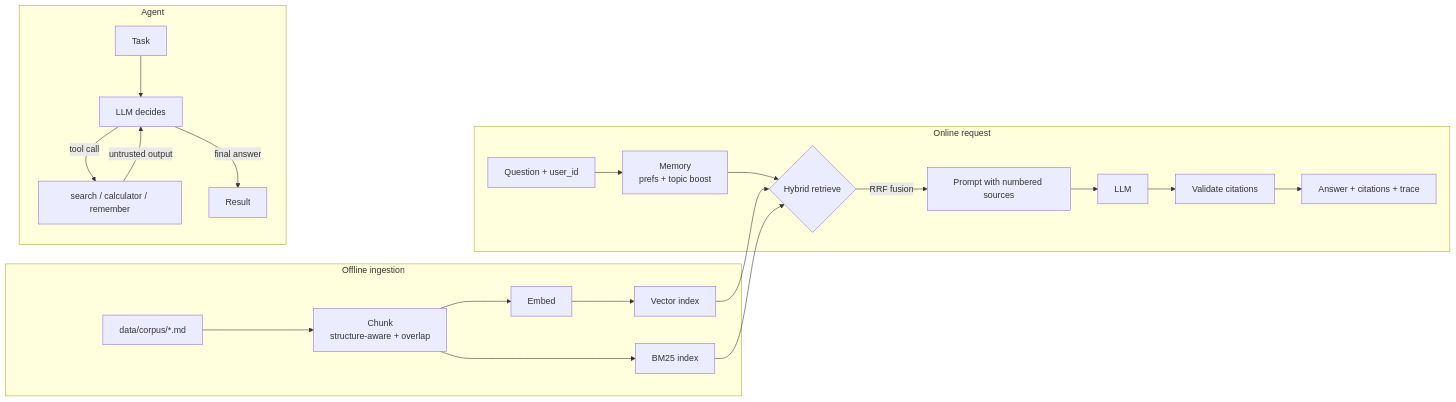
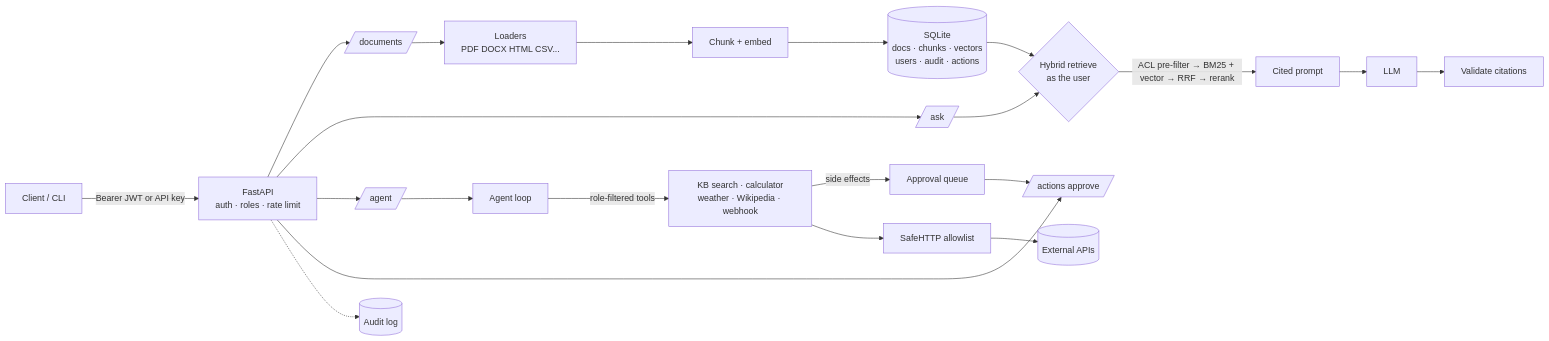
One commit to VasireddyBhavana/llm-answer-engine changed the diagram in README.md. Above: the diagram before and after it, drawn with Mermaid. The commit also changed other lines of this file and 39 other files, not shown here.

````diff
--- a/README.md
+++ b/README.md
@@ -36,25 +43,20 @@
 ```mermaid
 flowchart LR
-    subgraph Offline ingestion
-        D[data/corpus/*.md] --> C[Chunk<br/>structure-aware + overlap]
-        C --> E[Embed]
-        C --> B[BM25 index]
-        E --> V[Vector index]
-    end
-    subgraph Online request
-        Q[Question + user_id] --> M[Memory<br/>prefs + topic boost]
-        M --> R{Hybrid retrieve}
-        V --> R
-        B --> R
-        R -->|RRF fusion| P[Prompt with numbered sources]
-        P --> L[LLM]
-        L --> X[Validate citations]
-        X --> A[Answer + citations + trace]
-    end
-    subgraph Agent
-        T[Task] --> AL[LLM decides]
-        AL -->|tool call| TL[search / calculator / remember]
-        TL -->|untrusted output| AL
-        AL -->|final answer| F[Result]
-    end
+    C[Client / CLI] -->|Bearer JWT or API key| A[FastAPI<br/>auth · roles · rate limit]
+    A --> U[/documents/]
+    A --> Q[/ask/]
+    A --> G[/agent/]
+    A --> AP[/actions approve/]
+
+    U --> L[Loaders<br/>PDF DOCX HTML CSV...] --> CH[Chunk + embed] --> DB[(SQLite<br/>docs · chunks · vectors<br/>users · audit · actions)]
+
+    Q --> R{Hybrid retrieve<br/>as the user}
+    DB --> R
+    R -->|ACL pre-filter → BM25 + vector → RRF → rerank| P[Cited prompt] --> M[LLM] --> V[Validate citations]
+
+    G --> AL[Agent loop] -->|role-filtered tools| T[KB search · calculator<br/>weather · Wikipedia · webhook]
+    T -->|side effects| QQ[Approval queue] --> AP
+    T --> S[SafeHTTP allowlist] --> X[(External APIs)]
+
+    A -.-> AU[(Audit log)]
 ```
````
